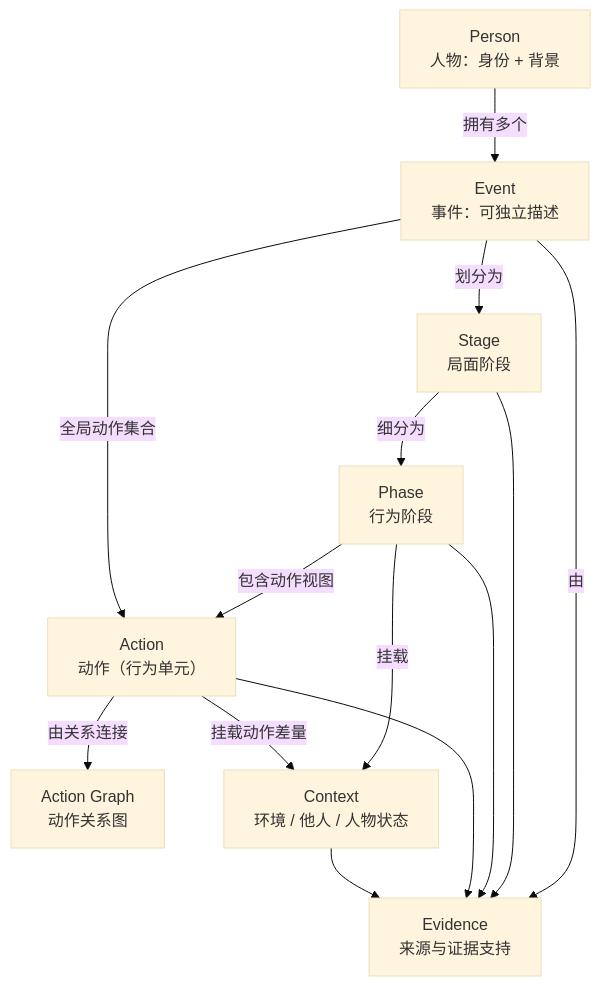
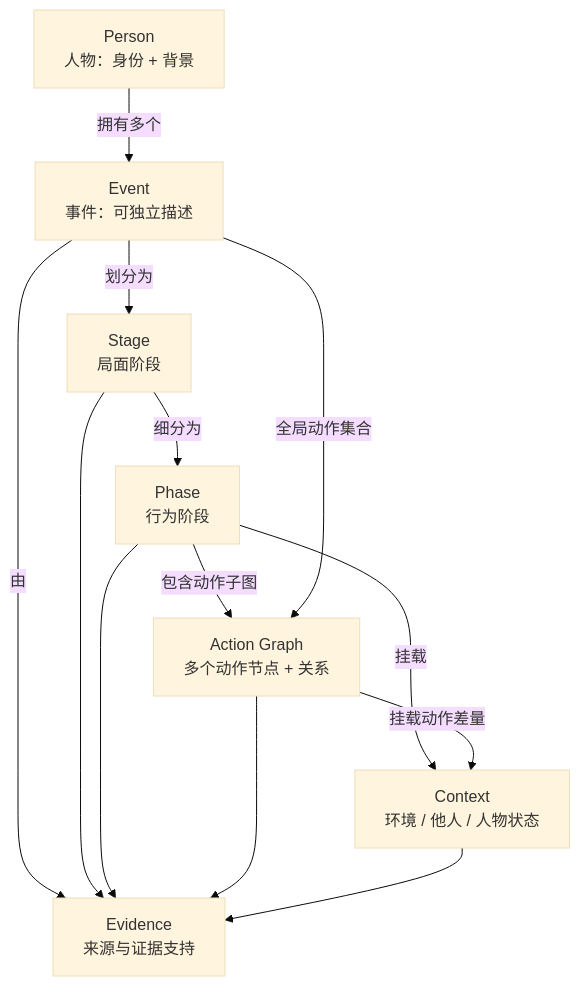
The first of 2 diagrams in docs/structures/0-overview.md (AgenticFinLab/FinMycelium), drawn with Mermaid (base theme) before and after one commit. The commit also changed other lines of this file and 2 other files, not shown here.

Commit message:
docs: fix phase action-subgraph representation
- Phase contains a partial-order subgraph of multiple actions, not one action
- Update object model, hierarchy diagram, example phase grouping and explanations
- Audit structure docs for consistent phase/action semantics

````diff
--- a/docs/structures/0-overview.md
+++ b/docs/structures/0-overview.md
@@ -30,16 +30,15 @@
 ```mermaid
 flowchart TB
     P["Person<br/>人物：身份 + 背景"] -->|拥有多个| E["Event<br/>事件：可独立描述"]
     E -->|划分为| S["Stage<br/>局面阶段"]
     S -->|细分为| PH["Phase<br/>行为阶段"]
-    PH -->|包含动作视图| A["Action<br/>动作（行为单元）"]
-    E -->|全局动作集合| A
-    A -->|由关系连接| AG["Action Graph<br/>动作关系图"]
+    PH -->|包含动作子图| G["Action Graph<br/>多个动作节点 + 关系"]
+    E -->|全局动作集合| G
     PH -->|挂载| C["Context<br/>环境 / 他人 / 人物状态"]
-    A -->|挂载动作差量| C
+    G -->|挂载动作差量| C
     E -->|由| EV["Evidence<br/>来源与证据支持"]
     S --> EV
     PH --> EV
-    A --> EV
+    G --> EV
     C --> EV
 ```
````
